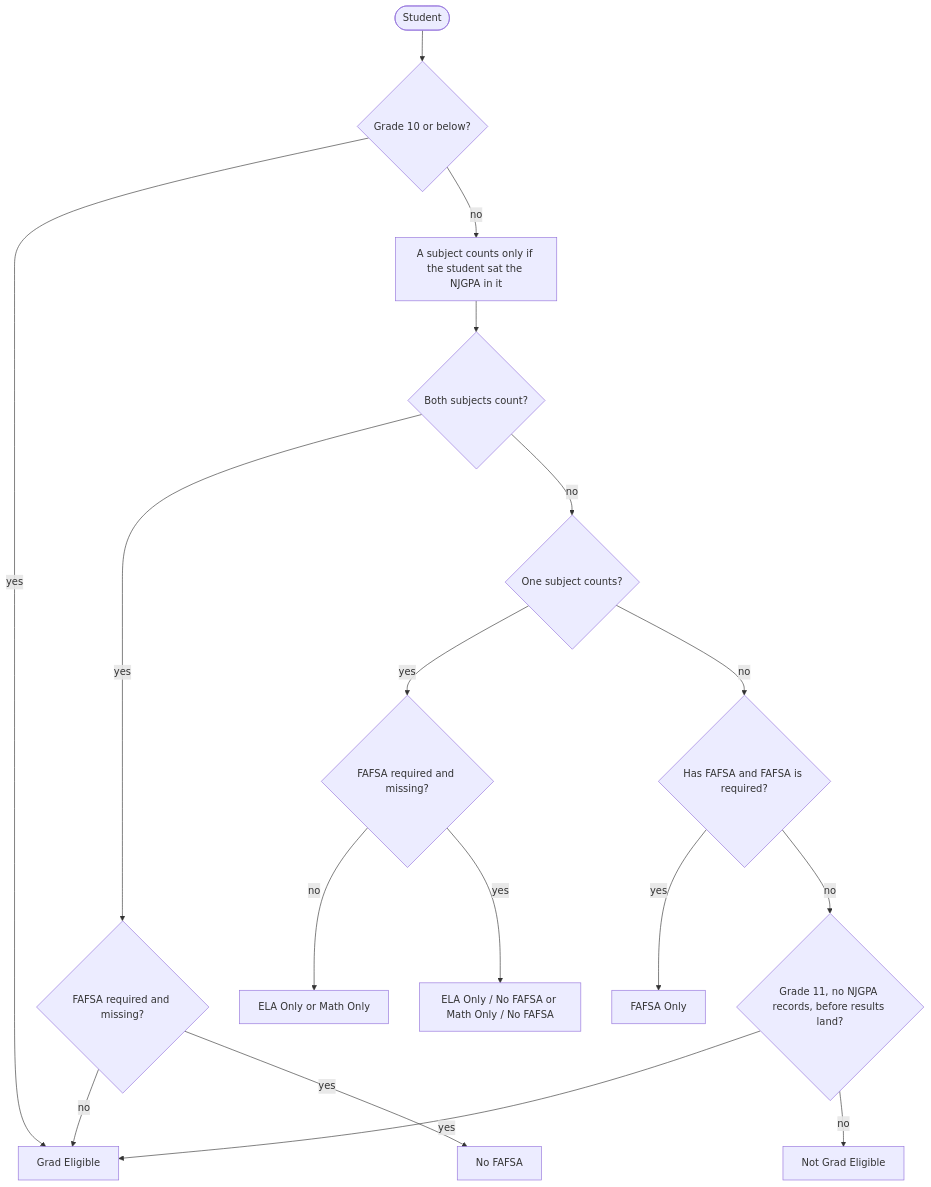
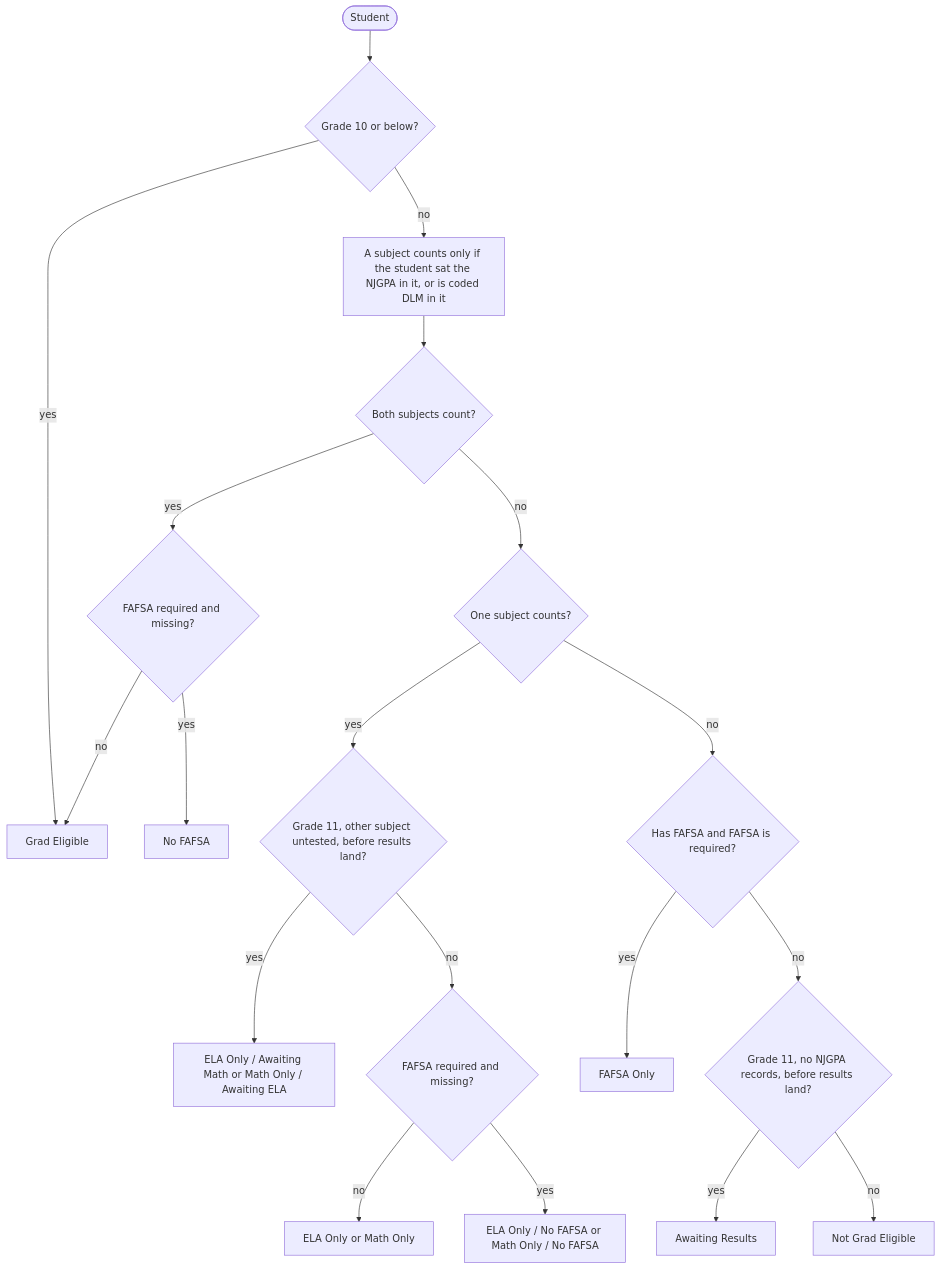
One commit to TEAMSchools/teamster changed the third of 3 diagrams in docs/models/hs-early-warning-data-model.md. Above: the diagram before and after it, drawn with Mermaid. The commit also changed other lines of this file and 4 other files, not shown here.

First line of the commit message:
fix(dbt): hold juniors at Awaiting Results until NJGPA results land

````diff
--- a/docs/models/hs-early-warning-data-model.md
+++ b/docs/models/hs-early-warning-data-model.md
@@ -347,19 +347,21 @@
 ```mermaid
 flowchart TD
     start([Student]) --> g10{Grade 10 or below?}
     g10 -->|yes| ge[Grad Eligible]
-    g10 -->|no| counts[A subject counts only if the student sat the NJGPA in it]
+    g10 -->|no| counts[A subject counts only if the student sat the NJGPA in it, or is coded DLM in it]
     counts --> both{Both subjects count?}
     both -->|yes| f1{FAFSA required and missing?}
     f1 -->|no| ge
     f1 -->|yes| nf[No FAFSA]
     both -->|no| one{One subject counts?}
-    one -->|yes| f2{FAFSA required and missing?}
+    one -->|yes| aw{Grade 11, other subject untested, before results land?}
+    aw -->|yes| onlyaw[ELA Only / Awaiting Math or Math Only / Awaiting ELA]
+    aw -->|no| f2{FAFSA required and missing?}
     f2 -->|no| only[ELA Only or Math Only]
     f2 -->|yes| onlynf[ELA Only / No FAFSA or Math Only / No FAFSA]
     one -->|no| hasf{Has FAFSA and FAFSA is required?}
     hasf -->|yes| fo[FAFSA Only]
     hasf -->|no| g11{Grade 11, no NJGPA records, before results land?}
-    g11 -->|yes| ge
+    g11 -->|yes| ar[Awaiting Results]
     g11 -->|no| nge[Not Grad Eligible]
 ```
````
